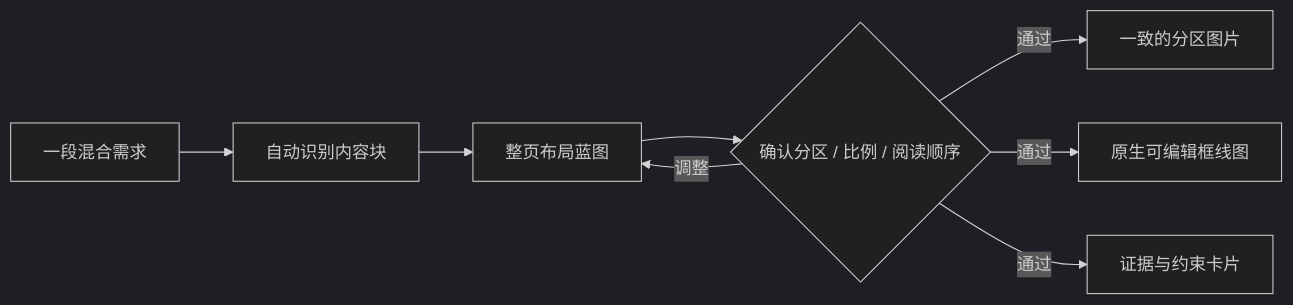
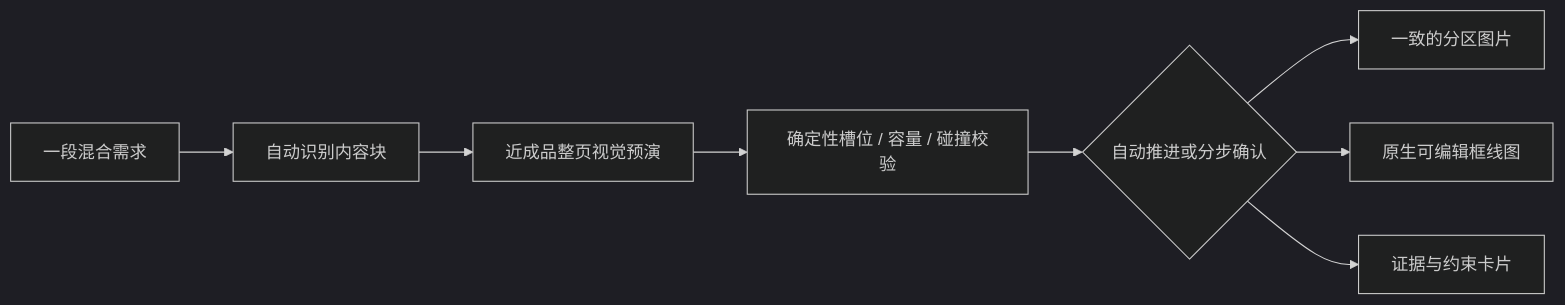
Before and after one commit to suud003/Cowart: the second of 2 diagrams in README.md, drawn with Mermaid (dark theme). The commit also changed other lines of this file and 34 other files, not shown here.

````diff
--- a/README.md
+++ b/README.md
@@ -95,10 +100,10 @@
 ```mermaid
 flowchart LR
   A["一段混合需求"] --> B["自动识别内容块"]
-  B --> C["整页布局蓝图"]
-  C --> D{"确认分区 / 比例 / 阅读顺序"}
-  D -->|调整| C
-  D -->|通过| E["一致的分区图片"]
-  D -->|通过| F["原生可编辑框线图"]
-  D -->|通过| G["证据与约束卡片"]
+  B --> C["近成品整页视觉预演"]
+  C --> D["确定性槽位 / 容量 / 碰撞校验"]
+  D --> E{"自动推进或分步确认"}
+  E --> F["一致的分区图片"]
+  E --> G["原生可编辑框线图"]
+  E --> H["证据与约束卡片"]
 ```
````
